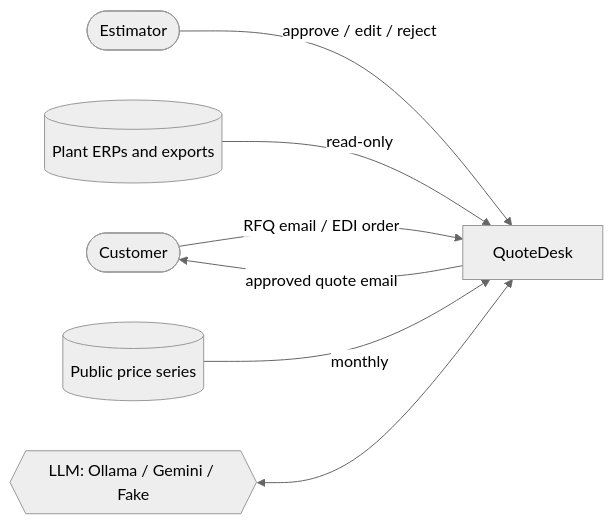
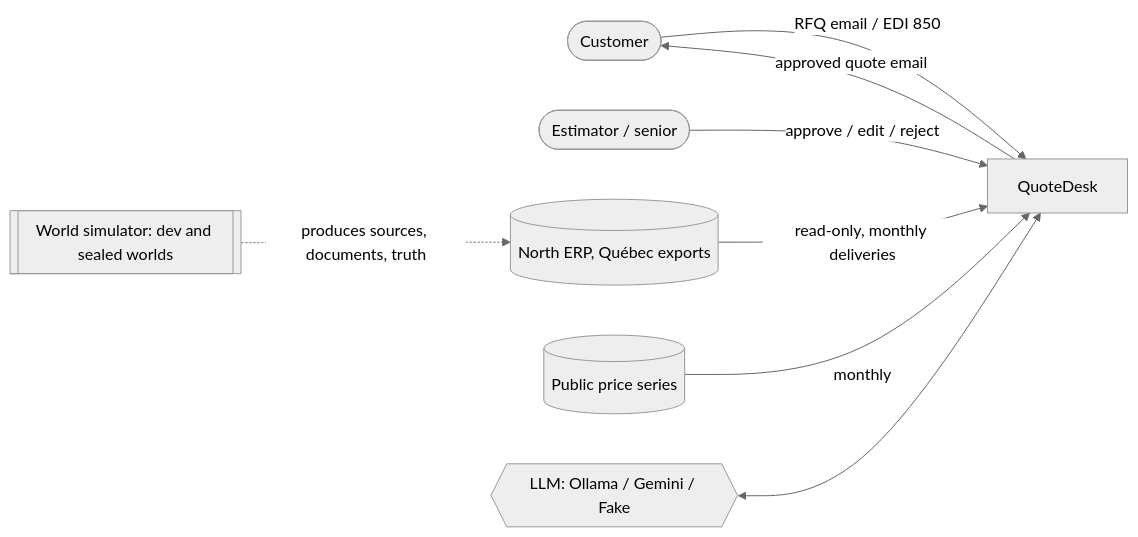
One commit to Talel-bm/quote-desk changed the first of 3 diagrams in docs/architecture.md. Above: the diagram before and after it, drawn with Mermaid (neutral theme). The commit also changed other lines of this file and 14 other files, not shown here.

````diff
--- a/docs/architecture.md
+++ b/docs/architecture.md
@@ -19,9 +21,10 @@
 ```mermaid
 flowchart LR
-  customer([Customer]) -- RFQ email / EDI order --> qd[QuoteDesk]
-  estimator([Estimator]) -- approve / edit / reject --> qd
+  customer([Customer]) -- RFQ email / EDI 850 --> qd[QuoteDesk]
+  estimator([Estimator / senior]) -- approve / edit / reject --> qd
   qd -- approved quote email --> customer
-  erp[(Plant ERPs and exports)] -- read-only --> qd
+  sources[(North ERP, Québec exports)] -- read-only, monthly deliveries --> qd
   prices[(Public price series)] -- monthly --> qd
   llm{{LLM: Ollama / Gemini / Fake}} <--> qd
+  world[[World simulator: dev and sealed worlds]] -. produces sources, documents, truth .-> sources
 ```
````
